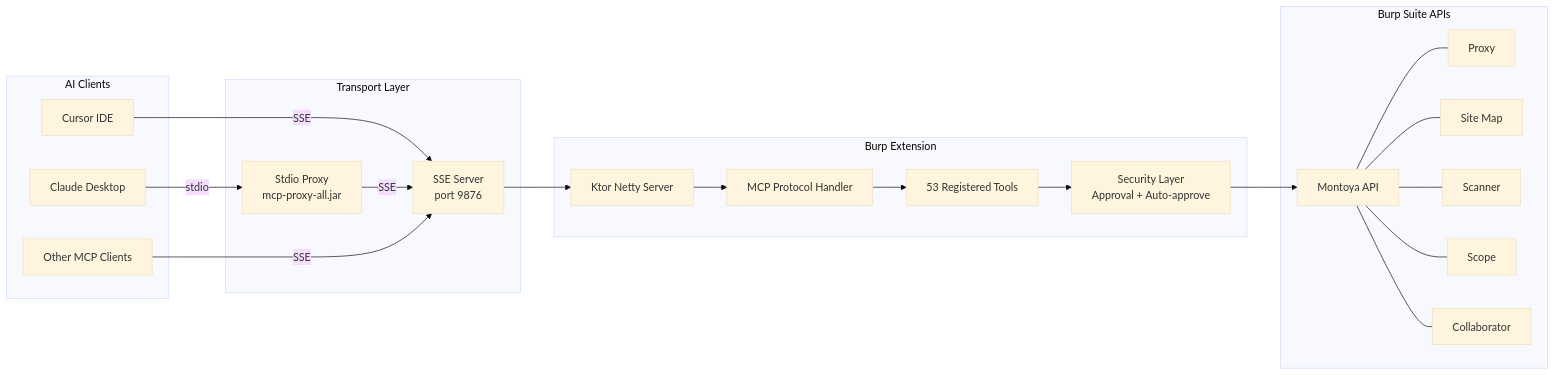
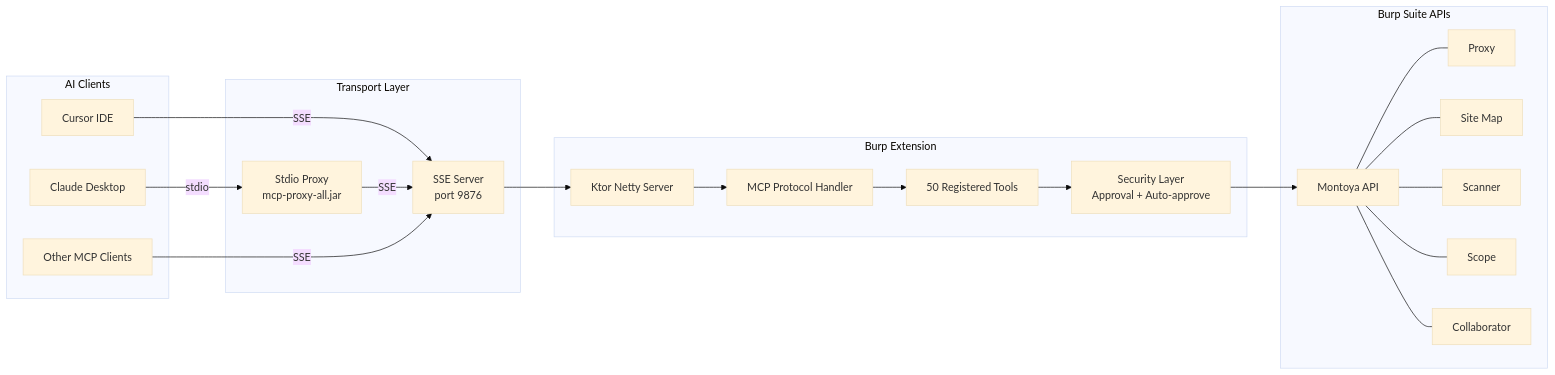
One commit to 0xhackerfren/burp-mcp-extended changed the diagram in docs/ARCHITECTURE.md. Above: the diagram before and after it, drawn with Mermaid (base theme). The commit also changed other lines of this file and 14 other files, not shown here.

````diff
--- a/docs/ARCHITECTURE.md
+++ b/docs/ARCHITECTURE.md
@@ -9,41 +9,41 @@
 ```mermaid
 flowchart LR
     subgraph clients [AI Clients]
         Cursor[Cursor IDE]
         Claude[Claude Desktop]
         Other[Other MCP Clients]
     end
 
     subgraph transport [Transport Layer]
         SSE[SSE Server\nport 9876]
         Proxy[Stdio Proxy\nmcp-proxy-all.jar]
     end
 
     subgraph ext [Burp Extension]
         Ktor[Ktor Netty Server]
         MCP[MCP Protocol Handler]
-        Tools[53 Registered Tools]
+        Tools[50 Registered Tools]
         Security[Security Layer\nApproval + Auto-approve]
     end
 
     subgraph burp [Burp Suite APIs]
         Montoya[Montoya API]
         ProxyAPI[Proxy]
         SiteMapAPI[Site Map]
         ScannerAPI[Scanner]
         ScopeAPI[Scope]
         CollabAPI[Collaborator]
     end
 
     Cursor -->|SSE| SSE
     Claude -->|stdio| Proxy -->|SSE| SSE
     Other -->|SSE| SSE
 
     SSE --> Ktor --> MCP --> Tools
     Tools --> Security --> Montoya
     Montoya --- ProxyAPI
     Montoya --- SiteMapAPI
     Montoya --- ScannerAPI
     Montoya --- ScopeAPI
     Montoya --- CollabAPI
 ```
````
